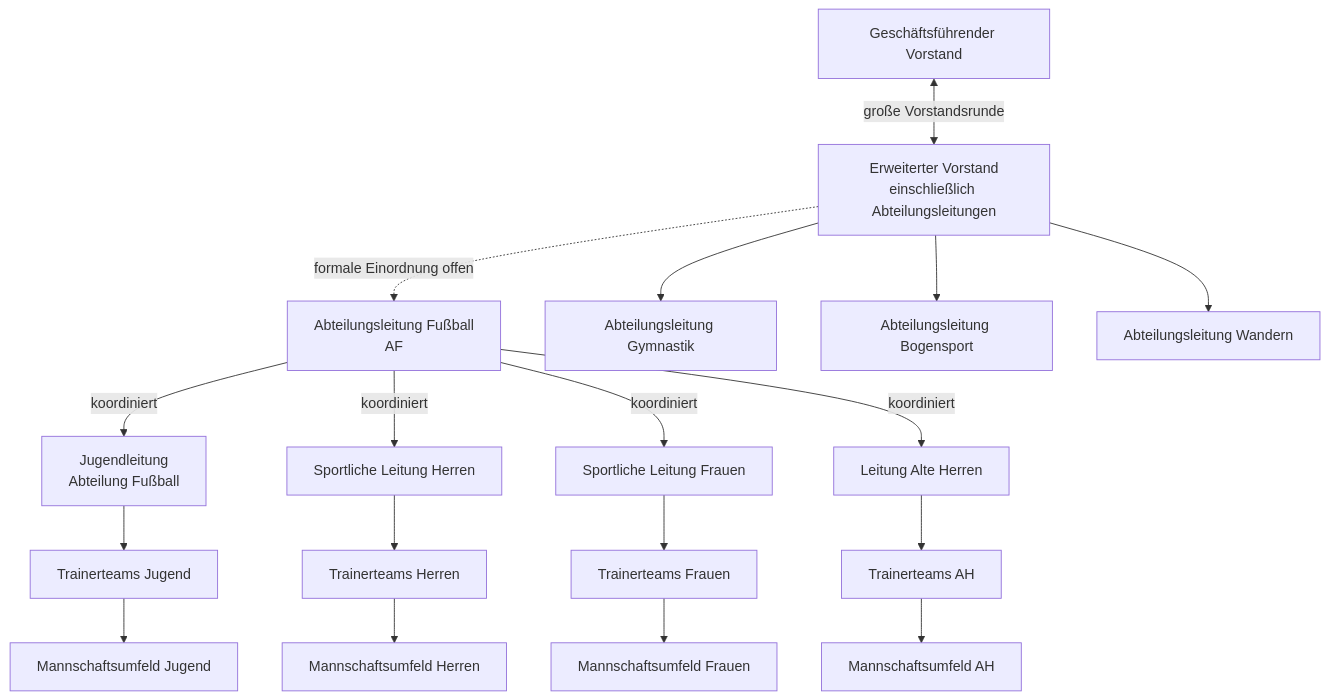
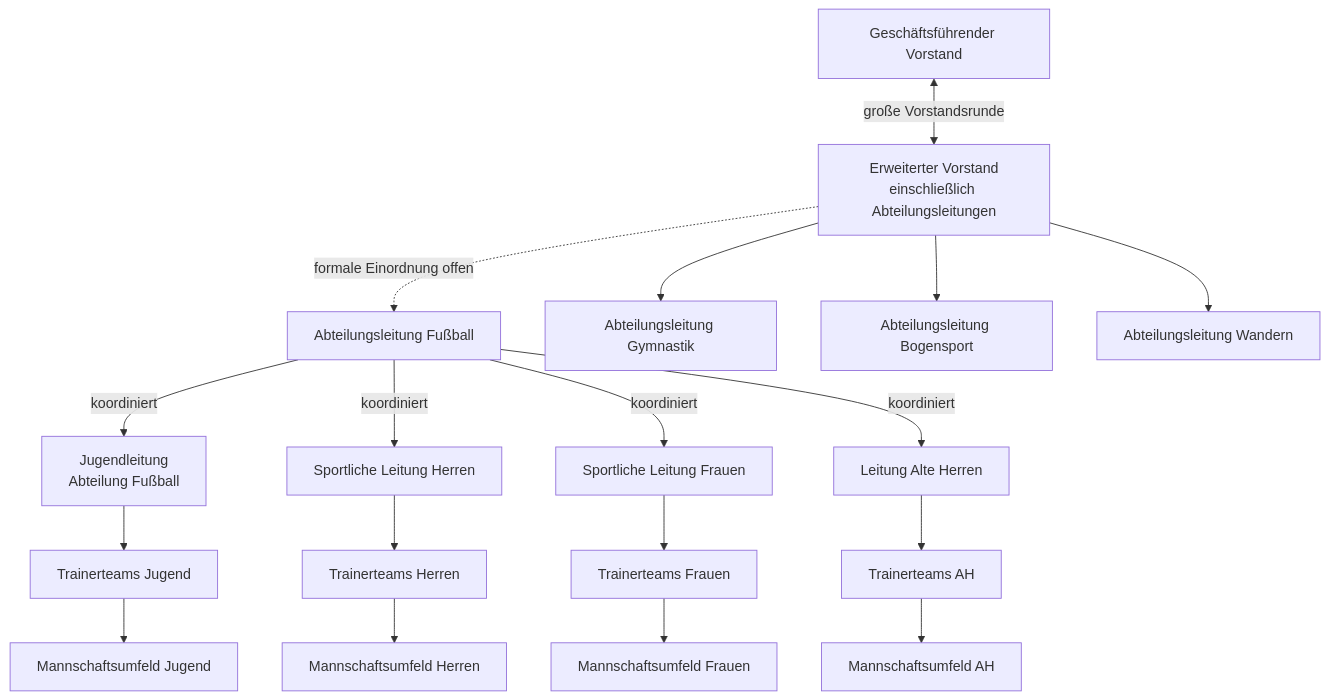
One commit to Gerinjo/bsv-strategie-2031 changed the second of 2 diagrams in diagramme/interne-kommunikation-organigramm.md. Above: the diagram before and after it, drawn with Mermaid. The commit also changed other lines of this file and 7 other files, not shown here.

````diff
--- a/diagramme/interne-kommunikation-organigramm.md
+++ b/diagramme/interne-kommunikation-organigramm.md
@@ -59,24 +59,24 @@
 ```mermaid
 flowchart TD
     GV[Geschäftsführender Vorstand] <-->|große Vorstandsrunde| EV[Erweiterter Vorstand<br/>einschließlich Abteilungsleitungen]
 
-    EV -.->|formale Einordnung offen| AF[Abteilungsleitung Fußball<br/>AF]
+    EV -.->|formale Einordnung offen| AF[Abteilungsleitung Fußball]
     EV --> AG[Abteilungsleitung Gymnastik]
     EV --> AB[Abteilungsleitung Bogensport]
     EV --> AW[Abteilungsleitung Wandern]
 
     AF -->|koordiniert| JL[Jugendleitung<br/>Abteilung Fußball]
     AF -->|koordiniert| SH[Sportliche Leitung Herren]
     AF -->|koordiniert| SD[Sportliche Leitung Frauen]
     AF -->|koordiniert| AH[Leitung Alte Herren]
 
     JL --> TJ[Trainerteams Jugend]
     SH --> TH[Trainerteams Herren]
     SD --> TD[Trainerteams Frauen]
     AH --> TAH[Trainerteams AH]
 
     TJ --> MJ[Mannschaftsumfeld Jugend]
     TH --> MH[Mannschaftsumfeld Herren]
     TD --> MD[Mannschaftsumfeld Frauen]
     TAH --> MAH[Mannschaftsumfeld AH]
 ```
````
